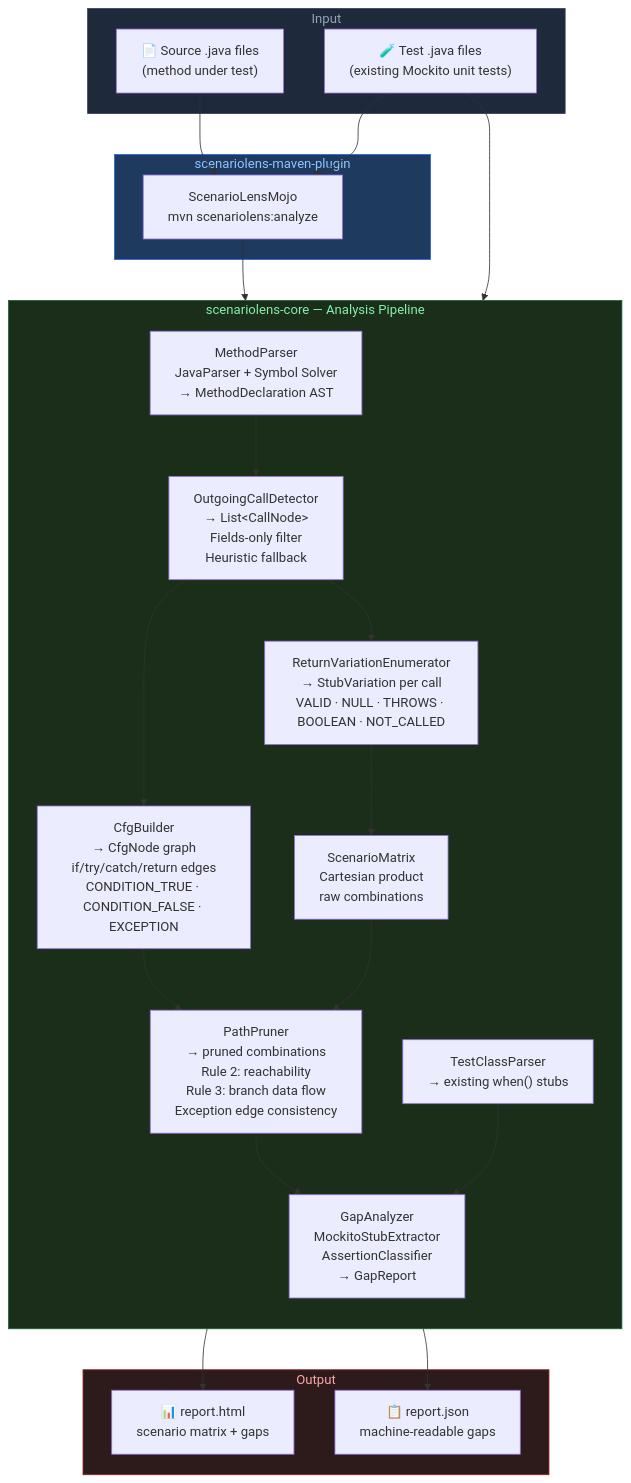
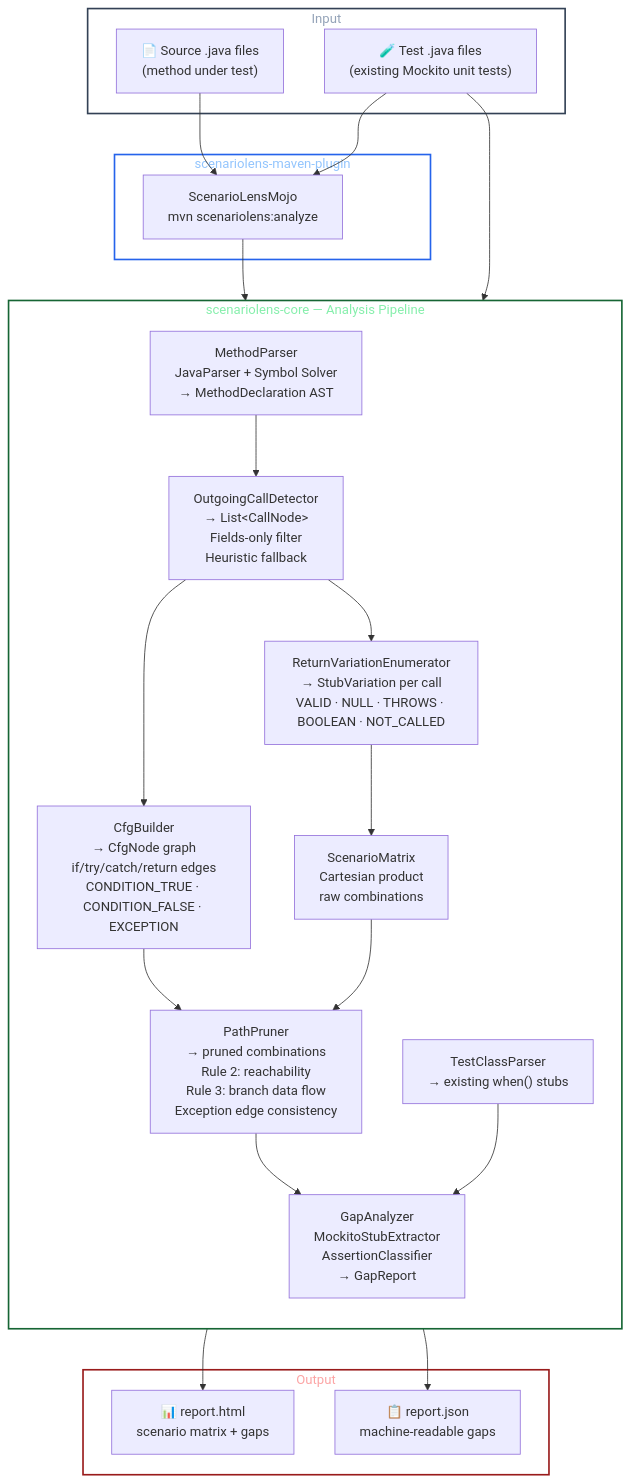
One commit to scenariolens/scenariolens changed the diagram in README.md. Above: the diagram before and after it, drawn with Mermaid.

Commit message:
docs: remove fill colors from architecture diagram
- Changed subgraph styling in README.md from solid fills to `fill:none` to prevent Mermaid from hiding relationship arrows beneath the blocks.
- Added `stroke-width:2px` to maintain visual hierarchy of the bounding boxes.

````diff
--- a/README.md
+++ b/README.md
@@ -34,49 +34,49 @@
 ```mermaid
 flowchart TD
     subgraph INPUT["Input"]
         SRC["📄 Source .java files\n(method under test)"]
         TST["🧪 Test .java files\n(existing Mockito unit tests)"]
     end
 
     subgraph PLUGIN["scenariolens-maven-plugin"]
         MOJO["ScenarioLensMojo\nmvn scenariolens:analyze"]
     end
 
     subgraph CORE["scenariolens-core — Analysis Pipeline"]
         direction TB
 
         MP["MethodParser\nJavaParser + Symbol Solver\n→ MethodDeclaration AST"]
         OCD["OutgoingCallDetector\n→ List&lt;CallNode&gt;\nFields-only filter\nHeuristic fallback"]
         CFG["CfgBuilder\n→ CfgNode graph\nif/try/catch/return edges\nCONDITION_TRUE · CONDITION_FALSE · EXCEPTION"]
         RVE["ReturnVariationEnumerator\n→ StubVariation per call\nVALID · NULL · THROWS · BOOLEAN · NOT_CALLED"]
         CP["ScenarioMatrix\nCartesian product\nraw combinations"]
         PP["PathPruner\n→ pruned combinations\nRule 2: reachability\nRule 3: branch data flow\nException edge consistency"]
         GA["GapAnalyzer\nMockitoStubExtractor\nAssertionClassifier\n→ GapReport"]
         TCP["TestClassParser\n→ existing when() stubs"]
     end
 
     subgraph OUTPUT["Output"]
         HTML["📊 report.html\nscenario matrix + gaps"]
         JSON["📋 report.json\nmachine-readable gaps"]
     end
 
     SRC --> MOJO
     TST --> MOJO
     MOJO --> MP
     MP --> OCD
     OCD --> CFG
     OCD --> RVE
     CFG --> PP
     RVE --> CP
     CP --> PP
     PP --> GA
     TST --> TCP
     TCP --> GA
     GA --> HTML
     GA --> JSON
 
-    style INPUT fill:#1e293b,stroke:#334155,color:#94a3b8
-    style PLUGIN fill:#1e3a5f,stroke:#2563eb,color:#93c5fd
-    style CORE fill:#1a2e1a,stroke:#166534,color:#86efac
-    style OUTPUT fill:#2d1b1b,stroke:#991b1b,color:#fca5a5
+    style INPUT fill:none,stroke:#334155,stroke-width:2px,color:#94a3b8
+    style PLUGIN fill:none,stroke:#2563eb,stroke-width:2px,color:#93c5fd
+    style CORE fill:none,stroke:#166534,stroke-width:2px,color:#86efac
+    style OUTPUT fill:none,stroke:#991b1b,stroke-width:2px,color:#fca5a5
 ```
````
